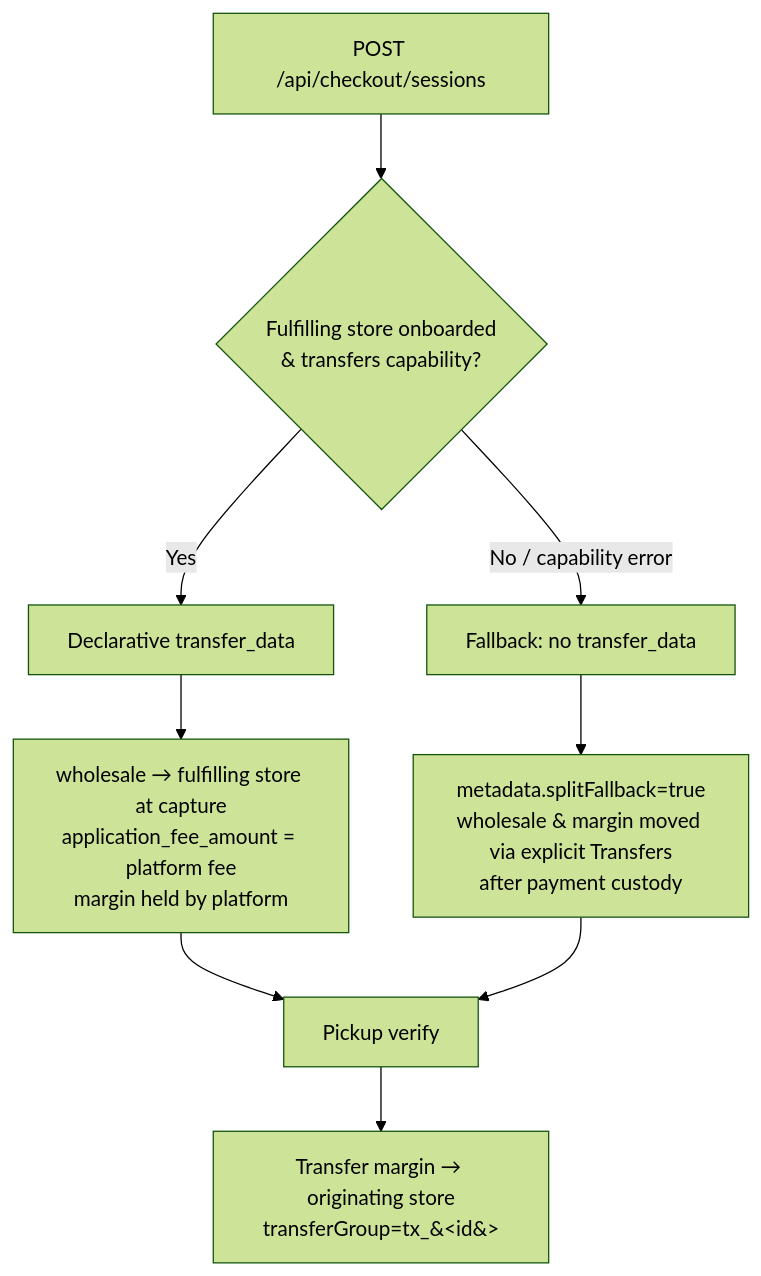
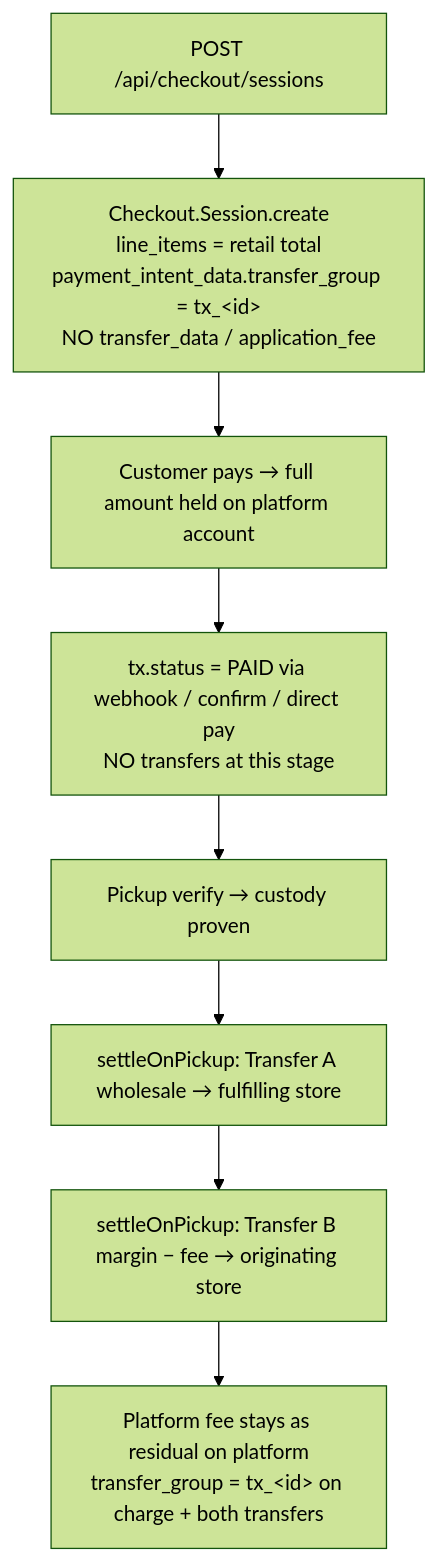
The third of 6 diagrams in payment.md (kintwadi/linked-store-api), drawn with Mermaid (forest theme) before and after one commit. The commit also changed other lines of this file and 10 other files, not shown here.

First line of the commit message:
fix(payments): hold funds on platform and split at pickup (Flow 2)

````diff
--- a/payment.md
+++ b/payment.md
@@ -125,11 +123,10 @@
 ```mermaid
 flowchart TD
-    A[POST /api/checkout/sessions] --> B{Fulfilling store onboarded<br/>&amp; transfers capability?}
-    B -- Yes --> C[Declarative transfer_data]
-    C --> C1[wholesale → fulfilling store at capture<br/>application_fee_amount = platform fee<br/>margin held by platform]
-    B -- No / capability error --> D[Fallback: no transfer_data]
-    D --> D1[metadata.splitFallback=true<br/>wholesale &amp; margin moved via explicit Transfers<br/>after payment custody]
-    C1 --> E[Pickup verify]
-    D1 --> E
-    E --> F[Transfer margin → originating store<br/>transferGroup=tx_&#60;id&#62;]
+    A[POST /api/checkout/sessions] --> B[Checkout.Session.create<br/>line_items = retail total<br/>payment_intent_data.transfer_group = tx_&lt;id&gt;<br/>NO transfer_data / application_fee]
+    B --> C[Customer pays → full amount held on platform account]
+    C --> D[tx.status = PAID via webhook / confirm / direct pay<br/>NO transfers at this stage]
+    D --> E[Pickup verify → custody proven]
+    E --> F[settleOnPickup: Transfer A wholesale → fulfilling store]
+    F --> G[settleOnPickup: Transfer B margin − fee → originating store]
+    G --> H[Platform fee stays as residual on platform<br/>transfer_group = tx_&lt;id&gt; on charge + both transfers]
 ```
````
